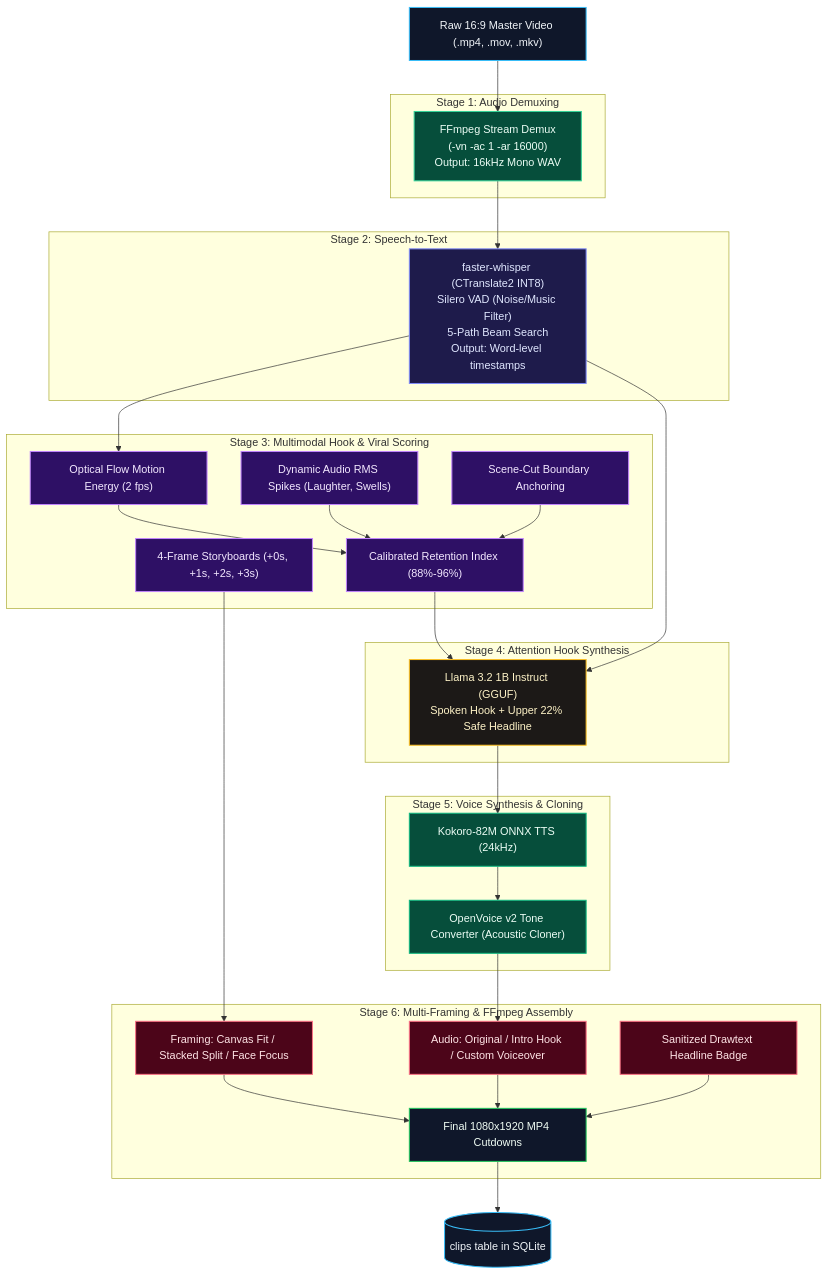
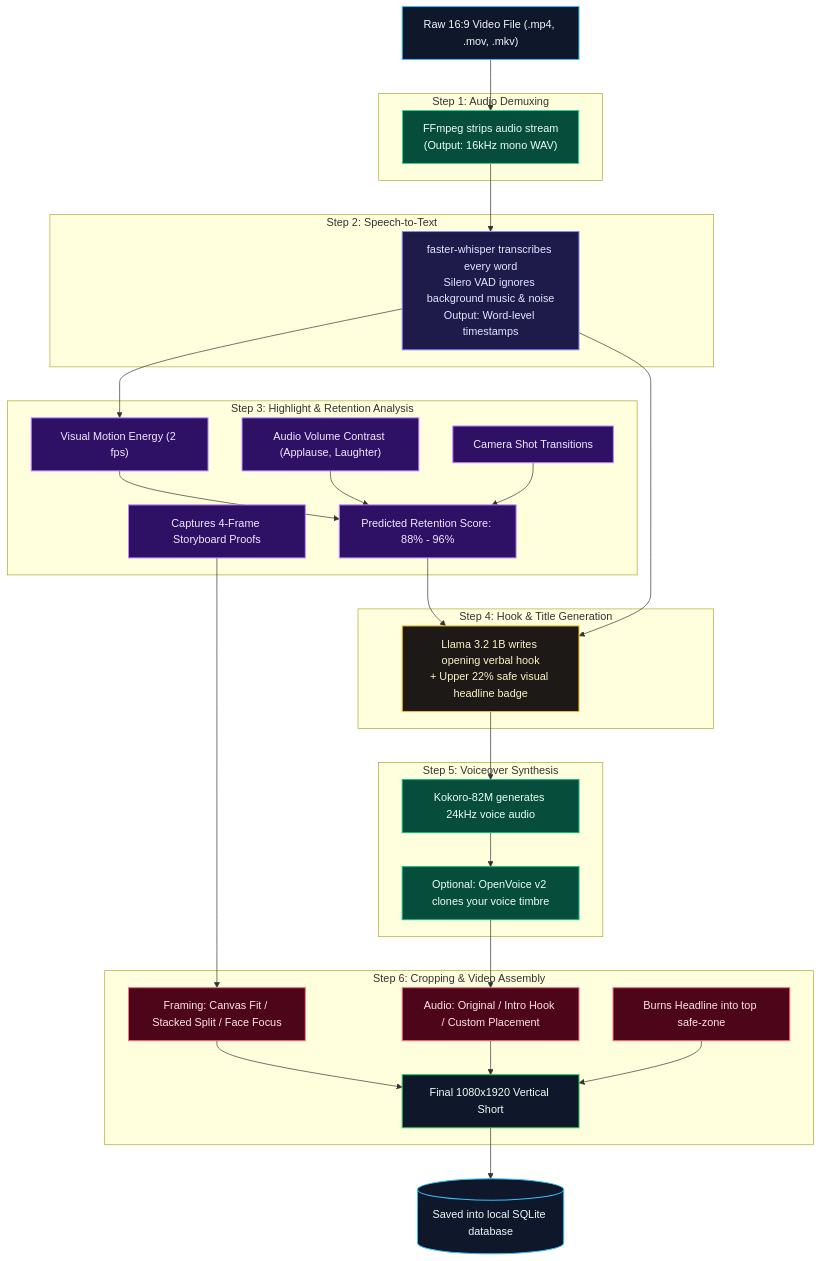
One commit to DivyamJoshi2005/Alfred changed the first of 2 diagrams in backend/README.md. Above: the diagram before and after it, drawn with Mermaid. The commit also changed other lines of this file and 1 other file, not shown here.

Commit message:
docs: rewrite READMEs in human-friendly, plain English with clear intuitive flowcharts

````diff
--- a/backend/README.md
+++ b/backend/README.md
@@ -117,55 +47,54 @@
 ```mermaid
 flowchart TD
     classDef input fill:#0f172a,stroke:#38bdf8,stroke-width:1.5px,color:#f1f5f9;
     classDef demux fill:#064e3b,stroke:#34d399,stroke-width:1.5px,color:#ecfdf5;
     classDef whisper fill:#1e1b4b,stroke:#818cf8,stroke-width:1.5px,color:#e0e7ff;
     classDef vision fill:#2e1065,stroke:#c084fc,stroke-width:1.5px,color:#f3e8ff;
     classDef llama fill:#1c1917,stroke:#fbbf24,stroke-width:1.5px,color:#fef3c7;
     classDef tts fill:#064e3b,stroke:#10b981,stroke-width:1.5px,color:#ecfdf5;
     classDef mux fill:#4c0519,stroke:#fb7185,stroke-width:1.5px,color:#ffe4e6;
     classDef out fill:#0f172a,stroke:#22c55e,stroke-width:1.5px,color:#f0fdf4;
 
-    VideoInput["Raw 16:9 Master Video (.mp4, .mov, .mkv)"]:::input --> S1
-    
-    subgraph Stage1 ["Stage 1: Audio Demuxing"]
-        S1["FFmpeg Stream Demux\n(-vn -ac 1 -ar 16000)\nOutput: 16kHz Mono WAV"]:::demux
+    RawVideo["Raw 16:9 Video File (.mp4, .mov, .mkv)"]:::input --> Step1
+
+    subgraph Step1_Demux ["Step 1: Audio Demuxing"]
+        Step1["FFmpeg strips audio stream\n(Output: 16kHz mono WAV)"]:::demux
     end
 
-    subgraph Stage2 ["Stage 2: Speech-to-Text"]
-        S2["faster-whisper (CTranslate2 INT8)\nSilero VAD (Noise/Music Filter)\n5-Path Beam Search\nOutput: Word-level timestamps"]:::whisper
+    subgraph Step2_Transcribe ["Step 2: Speech-to-Text"]
+        Step2["faster-whisper transcribes every word\nSilero VAD ignores background music & noise\nOutput: Word-level timestamps"]:::whisper
     end
 
-    subgraph Stage3 ["Stage 3: Multimodal Hook & Viral Scoring"]
-        S3A["Optical Flow Motion Energy (2 fps)"]:::vision
-        S3B["Dynamic Audio RMS Spikes (Laughter, Swells)"]:::vision
-        S3C["Scene-Cut Boundary Anchoring"]:::vision
-        S3D["4-Frame Storyboards (+0s, +1s, +2s, +3s)"]:::vision
-        S3E["Calibrated Retention Index (88%-96%)"]:::vision
-        S3A & S3B & S3C --> S3E
+    subgraph Step3_Rank ["Step 3: Highlight & Retention Analysis"]
+        Step3A["Visual Motion Energy (2 fps)"]:::vision
+        Step3B["Audio Volume Contrast (Applause, Laughter)"]:::vision
+        Step3C["Camera Shot Transitions"]:::vision
+        Step3D["Captures 4-Frame Storyboard Proofs"]:::vision
+        Step3A & Step3B & Step3C --> Step3Score["Predicted Retention Score: 88% - 96%"]:::vision
     end
 
-    subgraph Stage4 ["Stage 4: Attention Hook Synthesis"]
-        S4["Llama 3.2 1B Instruct (GGUF)\nSpoken Hook + Upper 22% Safe Headline"]:::llama
+    subgraph Step4_Hook ["Step 4: Hook & Title Generation"]
+        Step4["Llama 3.2 1B writes opening verbal hook\n+ Upper 22% safe visual headline badge"]:::llama
     end
 
-    subgraph Stage5 ["Stage 5: Voice Synthesis & Cloning"]
-        S5A["Kokoro-82M ONNX TTS (24kHz)"]:::tts
-        S5B["OpenVoice v2 Tone Converter (Acoustic Cloner)"]:::tts
-        S5A --> S5B
+    subgraph Step5_Voice ["Step 5: Voiceover Synthesis"]
+        Step5A["Kokoro-82M generates 24kHz voice audio"]:::tts
+        Step5B["Optional: OpenVoice v2 clones your voice timbre"]:::tts
+        Step5A --> Step5B
     end
 
-    subgraph Stage6 ["Stage 6: Multi-Framing & FFmpeg Assembly"]
-        S6A["Framing: Canvas Fit / Stacked Split / Face Focus"]:::mux
-        S6B["Audio: Original / Intro Hook / Custom Voiceover"]:::mux
-        S6C["Sanitized Drawtext Headline Badge"]:::mux
-        S6A & S6B & S6C --> S6Out["Final 1080x1920 MP4 Cutdowns"]:::out
+    subgraph Step6_Assemble ["Step 6: Cropping & Video Assembly"]
+        Step6A["Framing: Canvas Fit / Stacked Split / Face Focus"]:::mux
+        Step6B["Audio: Original / Intro Hook / Custom Placement"]:::mux
+        Step6C["Burns Headline into top safe-zone"]:::mux
+        Step6A & Step6B & Step6C --> Step6Final["Final 1080x1920 Vertical Short"]:::out
     end
 
-    S1 --> S2 --> S3A
-    S2 --> S4
-    S3E --> S4
-    S4 --> S5A
-    S5B --> S6B
-    S3D --> S6A
-    S6Out --> ClipsDB[("clips table in SQLite")]:::input
+    Step1 --> Step2 --> Step3A
+    Step2 --> Step4
+    Step3Score --> Step4
+    Step4 --> Step5A
+    Step5B --> Step6B
+    Step3D --> Step6A
+    Step6Final --> SavedDB[("Saved into local SQLite database")]:::input
 ```
````
